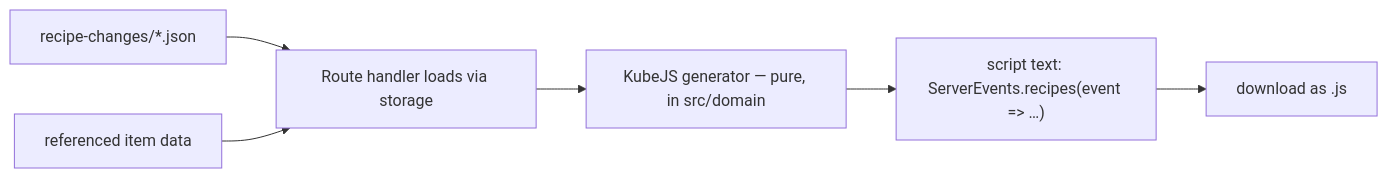
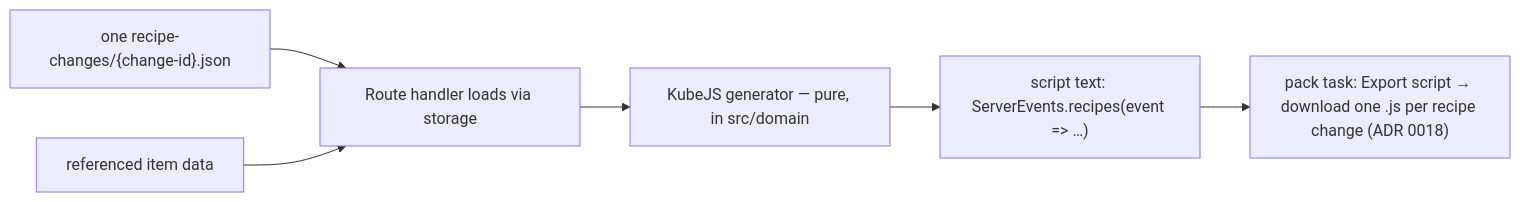
Before and after one commit to Jackson-Dataciders/Mineforge: the sixth of 6 diagrams in docs/architecture.md, drawn with Mermaid. The commit also changed other lines of this file and 3 other files, not shown here.

First line of the commit message:
docs: ADR 0018, one KubeJS script per recipe change

````diff
--- a/docs/architecture.md
+++ b/docs/architecture.md
@@ -245,8 +250,8 @@
 ```mermaid
 flowchart LR
-  P["recipe-changes/*.json"] --> L[Route handler loads via storage]
+  P["one recipe-changes/{change-id}.json"] --> L[Route handler loads via storage]
   I[referenced item data] --> L
   L --> X["KubeJS generator — pure, in src/domain"]
   X --> T["script text: ServerEvents.recipes(event => …)"]
-  T --> D["download as .js"]
+  T --> D["pack task: Export script → download one .js per recipe change (ADR 0018)"]
 ```
````
